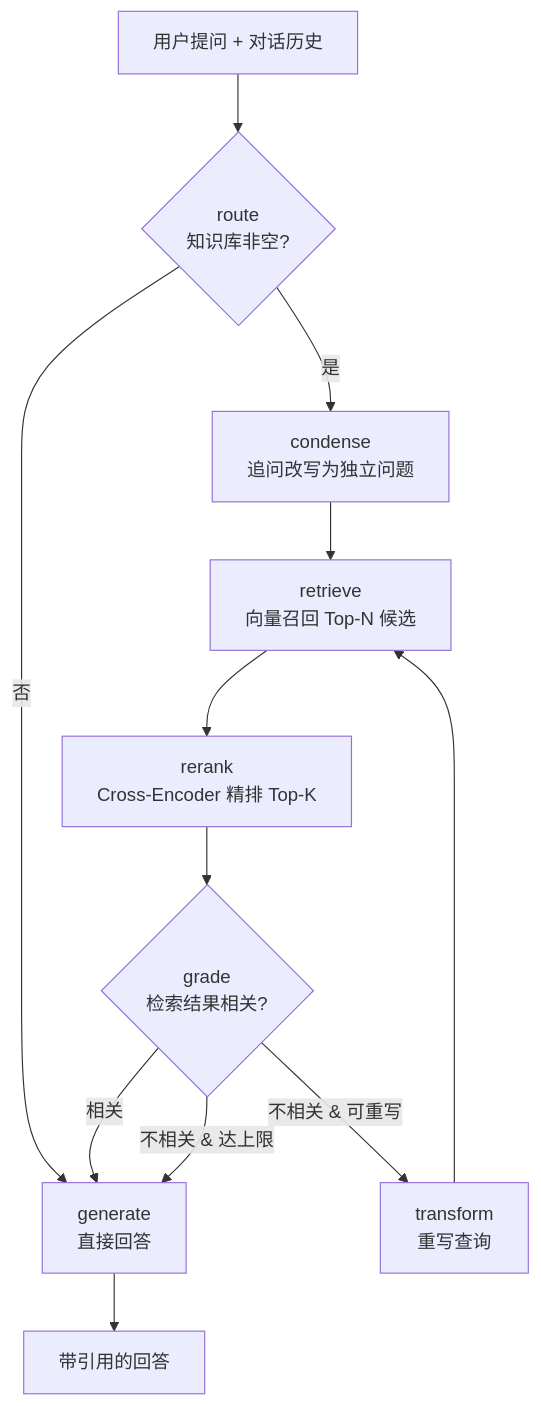
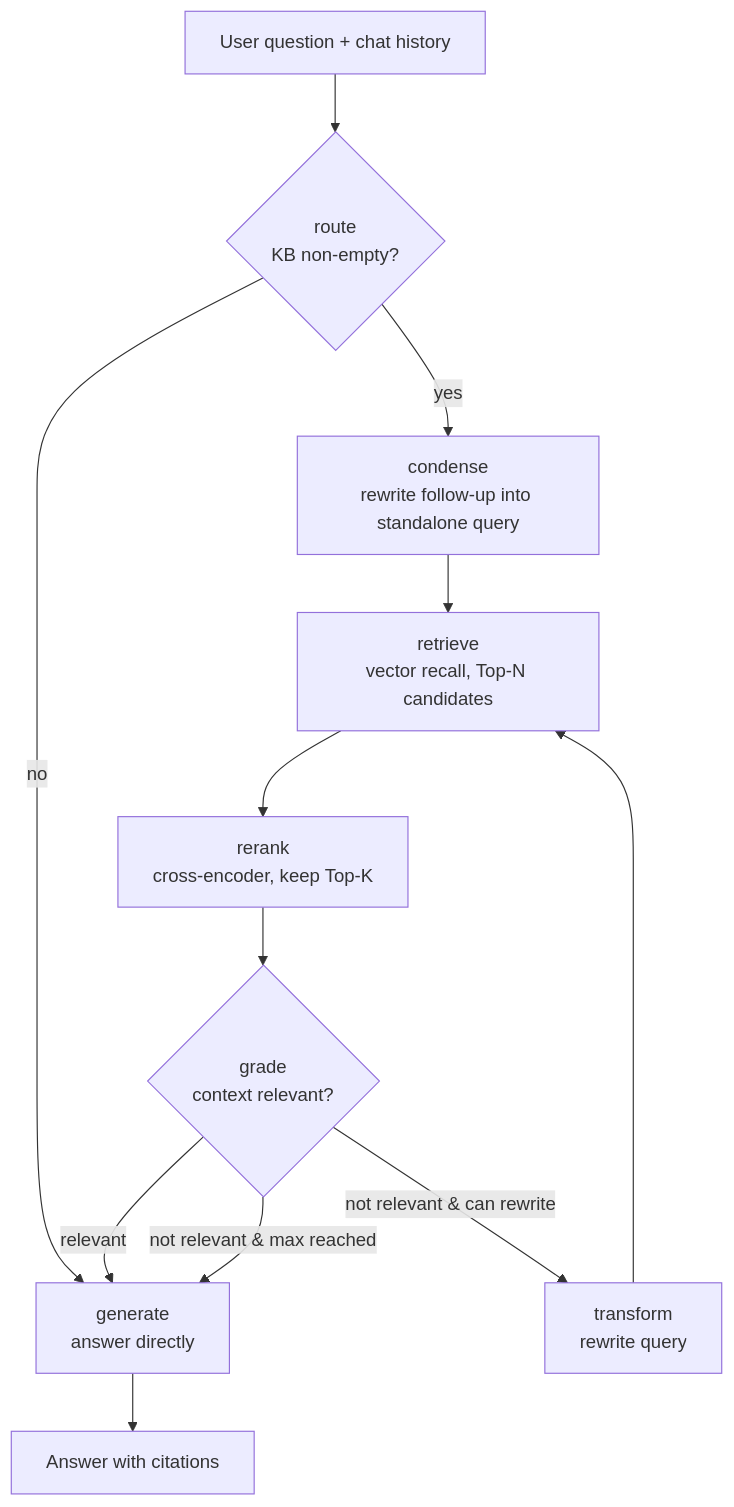
The diagram in README.md (WenqiZheng2004/local-agentic-rag), drawn with Mermaid before and after one commit. The commit also changed other lines of this file, not shown here.

````diff
--- a/README.md
+++ b/README.md
@@ -27,14 +32,14 @@
 ```mermaid
 flowchart TD
-    A[用户提问 + 对话历史] --> R{route<br/>知识库非空?}
-    R -- 否 --> G[generate<br/>直接回答]
-    R -- 是 --> C[condense<br/>追问改写为独立问题]
-    C --> RT[retrieve<br/>向量召回 Top-N 候选]
-    RT --> RR[rerank<br/>Cross-Encoder 精排 Top-K]
-    RR --> GR{grade<br/>检索结果相关?}
-    GR -- 相关 --> G
-    GR -- 不相关 & 可重写 --> TF[transform<br/>重写查询]
+    A[User question + chat history] --> R{route<br/>KB non-empty?}
+    R -- no --> G[generate<br/>answer directly]
+    R -- yes --> C[condense<br/>rewrite follow-up into standalone query]
+    C --> RT[retrieve<br/>vector recall, Top-N candidates]
+    RT --> RR[rerank<br/>cross-encoder, keep Top-K]
+    RR --> GR{grade<br/>context relevant?}
+    GR -- relevant --> G
+    GR -- not relevant & can rewrite --> TF[transform<br/>rewrite query]
     TF --> RT
-    GR -- 不相关 & 达上限 --> G
-    G --> O[带引用的回答]
+    GR -- not relevant & max reached --> G
+    G --> O[Answer with citations]
 ```
````
